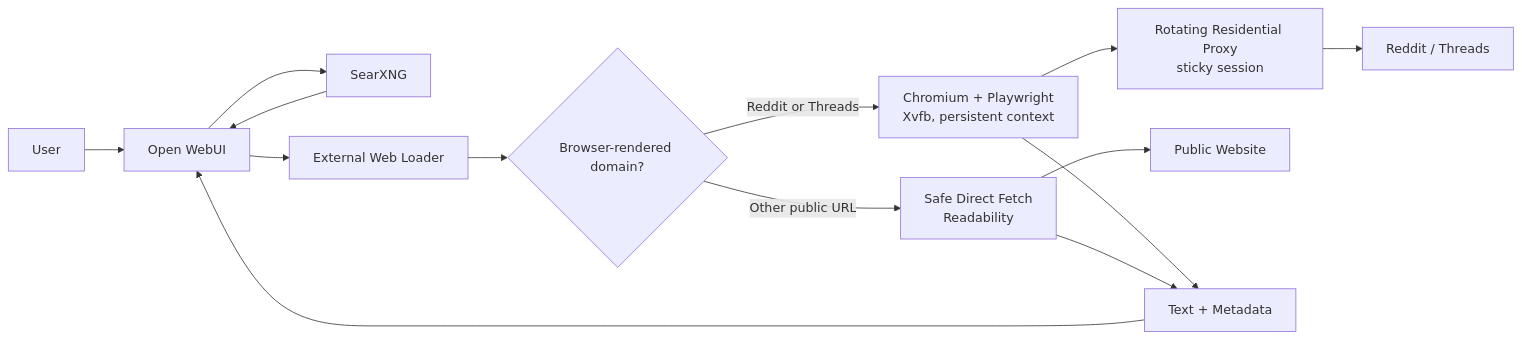
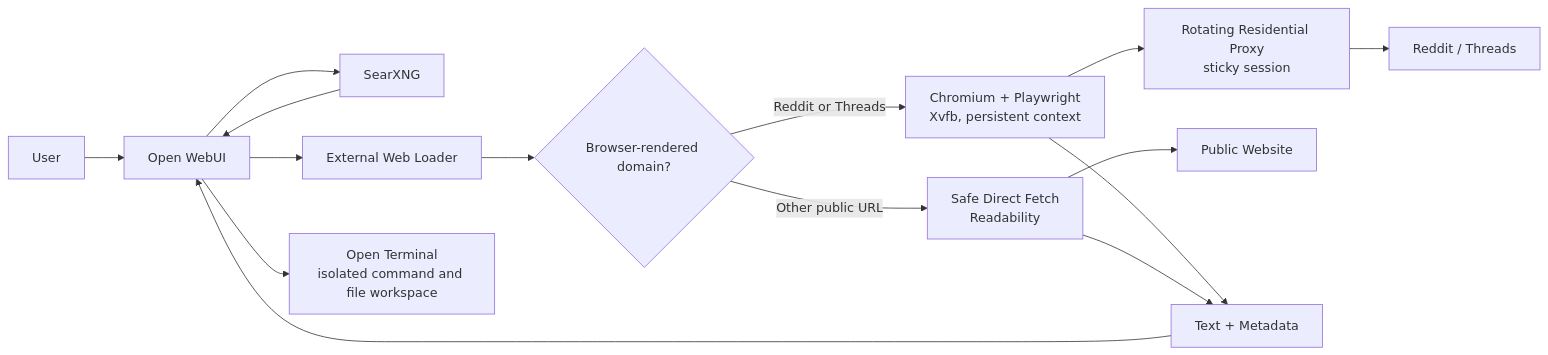
The diagram in README.md (amiril84/reddit-loader-owui), drawn with Mermaid before and after one commit. The commit also changed other lines of this file and 4 other files, not shown here.

Commit message:
Document Open Terminal deployment

````diff
--- a/README.md
+++ b/README.md
@@ -100,16 +105,17 @@
 ```mermaid
 flowchart LR
     U["User"] --> OW["Open WebUI"]
     OW --> SX["SearXNG"]
     SX --> OW
     OW --> EL["External Web Loader"]
     EL --> D{"Browser-rendered domain?"}
     D -- "Reddit or Threads" --> PW["Chromium + Playwright\nXvfb, persistent context"]
     PW --> RP["Rotating Residential Proxy\nsticky session"]
     RP --> RD["Reddit / Threads"]
     D -- "Other public URL" --> SF["Safe Direct Fetch\nReadability"]
     SF --> WEB["Public Website"]
     PW --> EX["Text + Metadata"]
     SF --> EX
     EX --> OW
+    OW --> OT["Open Terminal\nisolated command and file workspace"]
 ```
````
